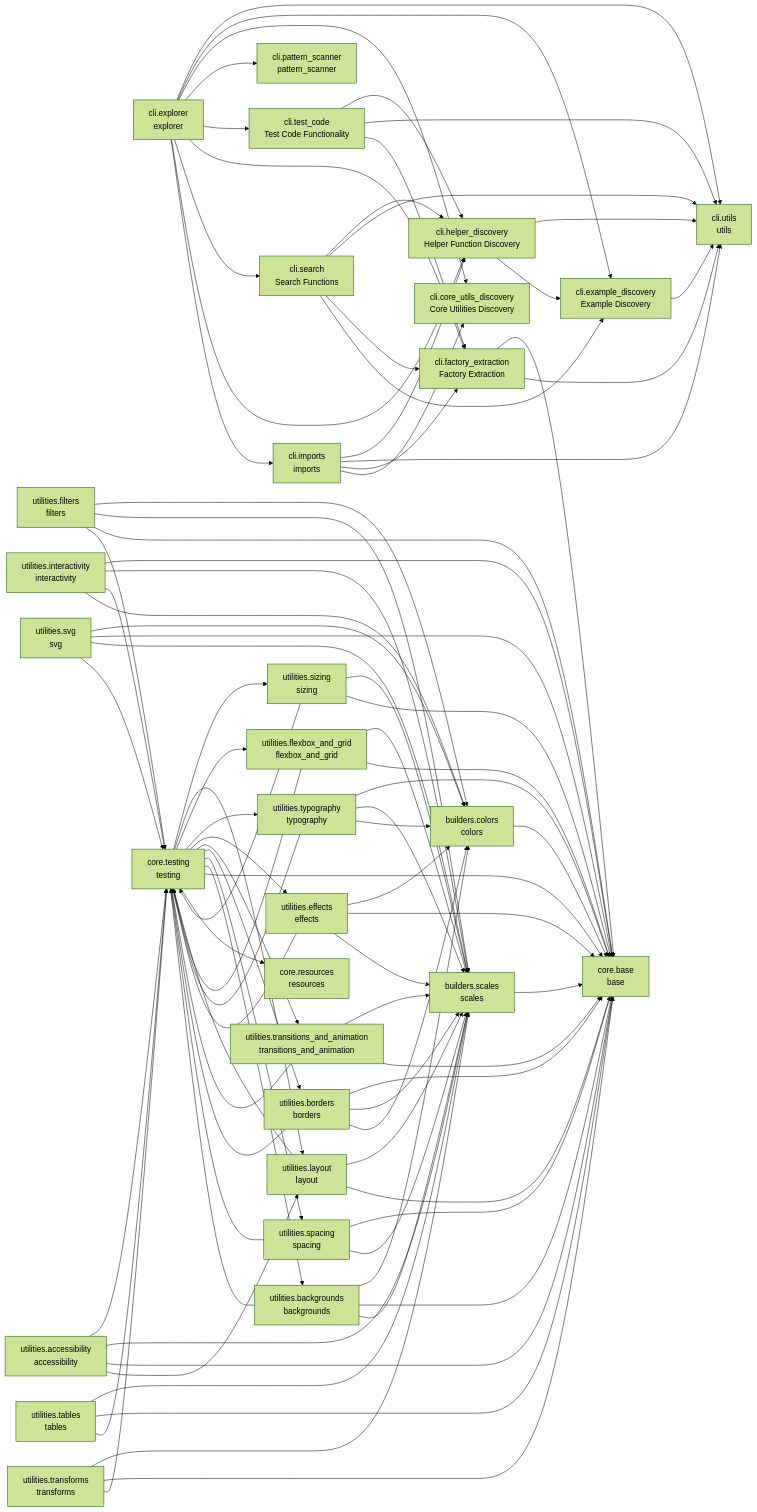
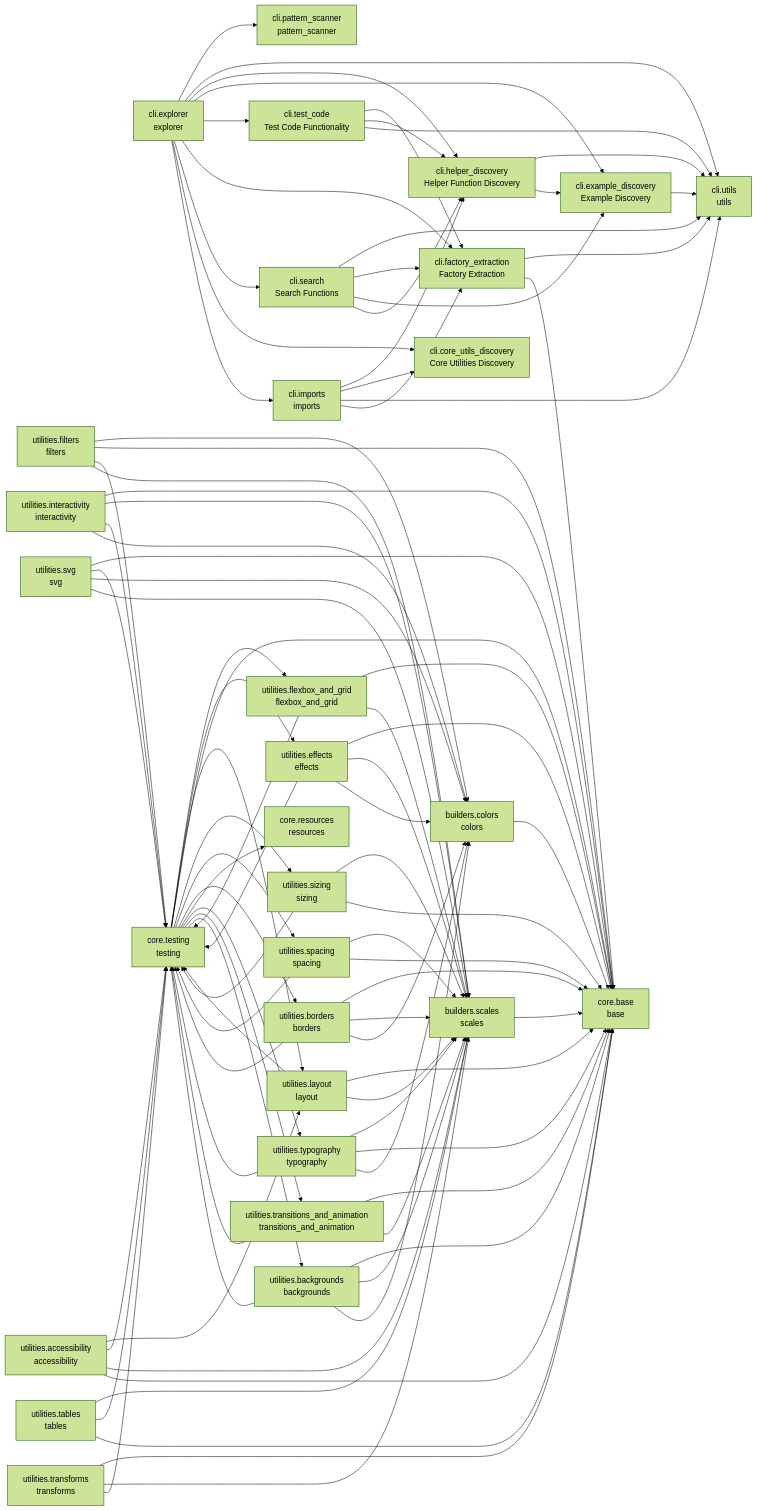
The diagram in README.md (cj-mills/cjm-fasthtml-tailwind), drawn with Mermaid (forest theme) before and after one commit. The commit also changed other lines of this file and 21 other files, not shown here.

````diff
--- a/README.md
+++ b/README.md
@@ -87,92 +87,92 @@
     builders_colors --> core_base
     builders_scales --> core_base
     cli_example_discovery --> cli_utils
+    cli_explorer --> cli_pattern_scanner
     cli_explorer --> cli_utils
+    cli_explorer --> cli_helper_discovery
     cli_explorer --> cli_example_discovery
-    cli_explorer --> cli_core_utils_discovery
-    cli_explorer --> cli_pattern_scanner
     cli_explorer --> cli_test_code
     cli_explorer --> cli_factory_extraction
     cli_explorer --> cli_search
-    cli_explorer --> cli_helper_discovery
+    cli_explorer --> cli_core_utils_discovery
     cli_explorer --> cli_imports
+    cli_factory_extraction --> cli_utils
     cli_factory_extraction --> core_base
-    cli_factory_extraction --> cli_utils
     cli_helper_discovery --> cli_utils
     cli_helper_discovery --> cli_example_discovery
     cli_imports --> cli_helper_discovery
+    cli_imports --> cli_core_utils_discovery
     cli_imports --> cli_utils
     cli_imports --> cli_factory_extraction
-    cli_imports --> cli_core_utils_discovery
-    cli_search --> cli_helper_discovery
     cli_search --> cli_utils
     cli_search --> cli_factory_extraction
     cli_search --> cli_example_discovery
+    cli_search --> cli_helper_discovery
+    cli_test_code --> cli_factory_extraction
     cli_test_code --> cli_helper_discovery
     cli_test_code --> cli_utils
-    cli_test_code --> cli_factory_extraction
+    core_testing --> utilities_flexbox_and_grid
+    core_testing --> utilities_effects
+    core_testing --> utilities_layout
+    core_testing --> core_base
     core_testing --> utilities_sizing
-    core_testing --> utilities_layout
-    core_testing --> utilities_flexbox_and_grid
+    core_testing --> utilities_spacing
+    core_testing --> utilities_borders
+    core_testing --> core_resources
     core_testing --> utilities_typography
-    core_testing --> utilities_effects
     core_testing --> utilities_transitions_and_animation
-    core_testing --> utilities_borders
-    core_testing --> utilities_spacing
     core_testing --> utilities_backgrounds
-    core_testing --> core_base
-    core_testing --> core_resources
+    utilities_accessibility --> utilities_layout
     utilities_accessibility --> core_testing
     utilities_accessibility --> builders_scales
     utilities_accessibility --> core_base
-    utilities_accessibility --> utilities_layout
+    utilities_backgrounds --> core_base
+    utilities_backgrounds --> core_testing
+    utilities_backgrounds --> builders_scales
     utilities_backgrounds --> builders_colors
-    utilities_backgrounds --> core_base
-    utilities_backgrounds --> builders_scales
-    utilities_backgrounds --> core_testing
     utilities_borders --> core_base
+    utilities_borders --> core_testing
     utilities_borders --> builders_scales
-    utilities_borders --> core_testing
     utilities_borders --> builders_colors
+    utilities_effects --> core_base
+    utilities_effects --> core_testing
+    utilities_effects --> builders_scales
     utilities_effects --> builders_colors
-    utilities_effects --> core_base
-    utilities_effects --> builders_scales
-    utilities_effects --> core_testing
     utilities_filters --> builders_colors
-    utilities_filters --> builders_scales
     utilities_filters --> core_base
     utilities_filters --> core_testing
+    utilities_filters --> builders_scales
+    utilities_flexbox_and_grid --> core_base
     utilities_flexbox_and_grid --> builders_scales
-    utilities_flexbox_and_grid --> core_base
     utilities_flexbox_and_grid --> core_testing
     utilities_interactivity --> core_base
     utilities_interactivity --> builders_scales
     utilities_interactivity --> core_testing
     utilities_interactivity --> builders_colors
-    utilities_layout --> builders_scales
     utilities_layout --> core_base
     utilities_layout --> core_testing
+    utilities_layout --> builders_scales
+    utilities_sizing --> builders_scales
     utilities_sizing --> core_testing
-    utilities_sizing --> builders_scales
     utilities_sizing --> core_base
-    utilities_spacing --> core_base
     utilities_spacing --> builders_scales
     utilities_spacing --> core_testing
+    utilities_spacing --> core_base
+    utilities_svg --> core_base
+    utilities_svg --> core_testing
     utilities_svg --> builders_colors
-    utilities_svg --> core_base
     utilities_svg --> builders_scales
-    utilities_svg --> core_testing
     utilities_tables --> builders_scales
+    utilities_tables --> core_testing
     utilities_tables --> core_base
-    utilities_tables --> core_testing
+    utilities_transforms --> core_base
     utilities_transforms --> builders_scales
-    utilities_transforms --> core_base
     utilities_transforms --> core_testing
-    utilities_transitions_and_animation --> builders_scales
     utilities_transitions_and_animation --> core_base
     utilities_transitions_and_animation --> core_testing
-    utilities_typography --> core_base
+    utilities_transitions_and_animation --> builders_scales
     utilities_typography --> builders_scales
     utilities_typography --> core_testing
+    utilities_typography --> core_base
     utilities_typography --> builders_colors
 ```
````
